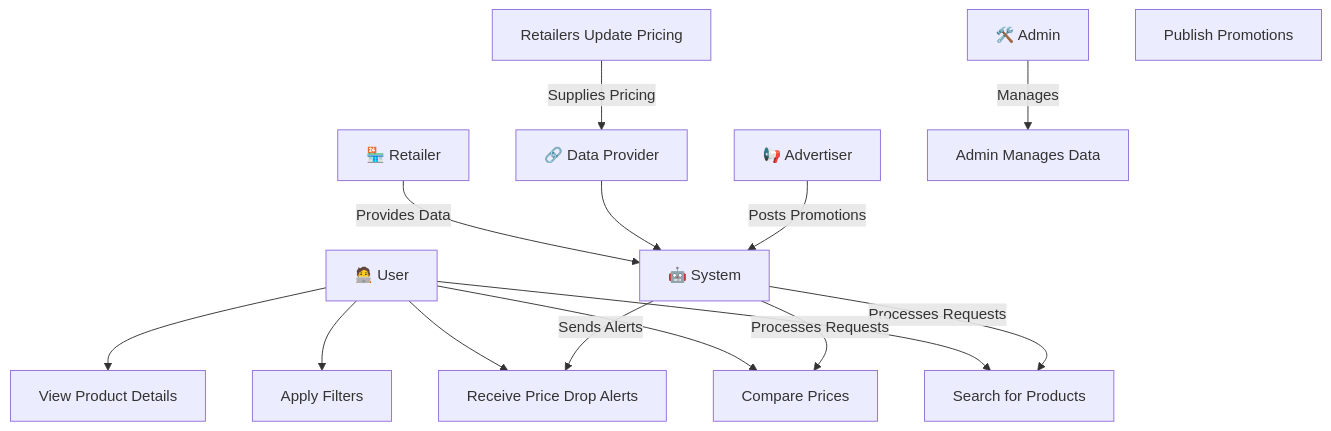
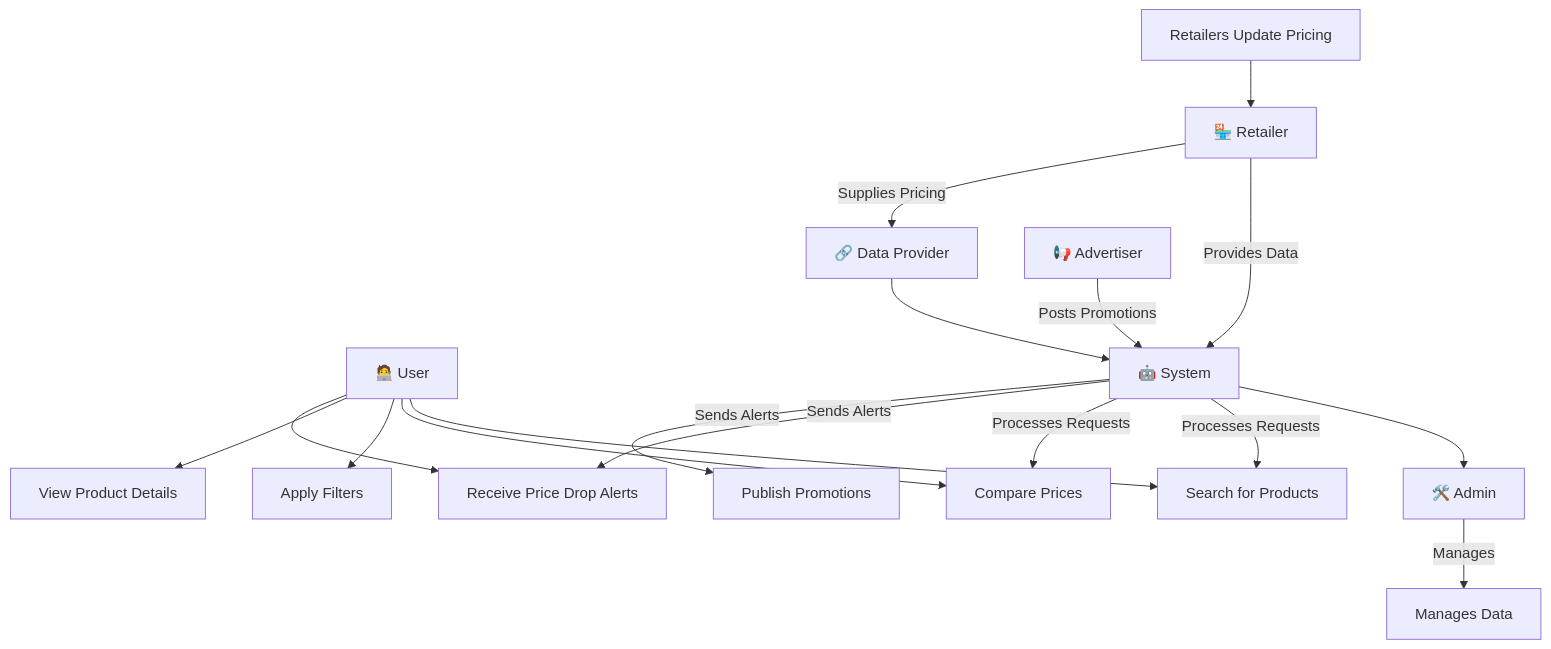
Before and after one commit to denzil-daniels-204525918/Price-aggregator-comparison-app: the diagram in Use Case Diagrams.md, drawn with Mermaid.

Commit message:
Update Use Case Diagrams.md

````diff
--- a/Use Case Diagrams.md
+++ b/Use Case Diagrams.md
@@ -3,36 +3,37 @@
 ```mermaid
 graph TD;
   %% Define Actors
   User["🧑‍💻 User"] 
   Retailer["🏪 Retailer"]
   Admin["🛠️ Admin"]
   DataProvider["🔗 Data Provider"]
   Advertiser["📢 Advertiser"]
   System["🤖 System"]
 
   %% Define Use Cases
   A["Search for Products"]
   B["Compare Prices"]
   C["Apply Filters"]
   D["View Product Details"]
   E["Receive Price Drop Alerts"]
   F["Retailers Update Pricing"]
-  G["Admin Manages Data"]
+  G["Manages Data"]
   H["Publish Promotions"]
   
   %% Relationships
   User --> A
   User --> B
   User --> C
   User --> D
   User --> E
 
   Retailer -->|Provides Data| System
-  Admin -->|Manages| G
-  F -->|Supplies Pricing| DataProvider --> System
+  System --> Admin -->|Manages| G
+  F --> Retailer -->|Supplies Pricing| DataProvider --> System
   Advertiser -->|Posts Promotions| System
 
   System -->|Processes Requests| A
   System -->|Processes Requests| B
   System -->|Sends Alerts| E
+  System -->|Sends Alerts| H
 ```
````
